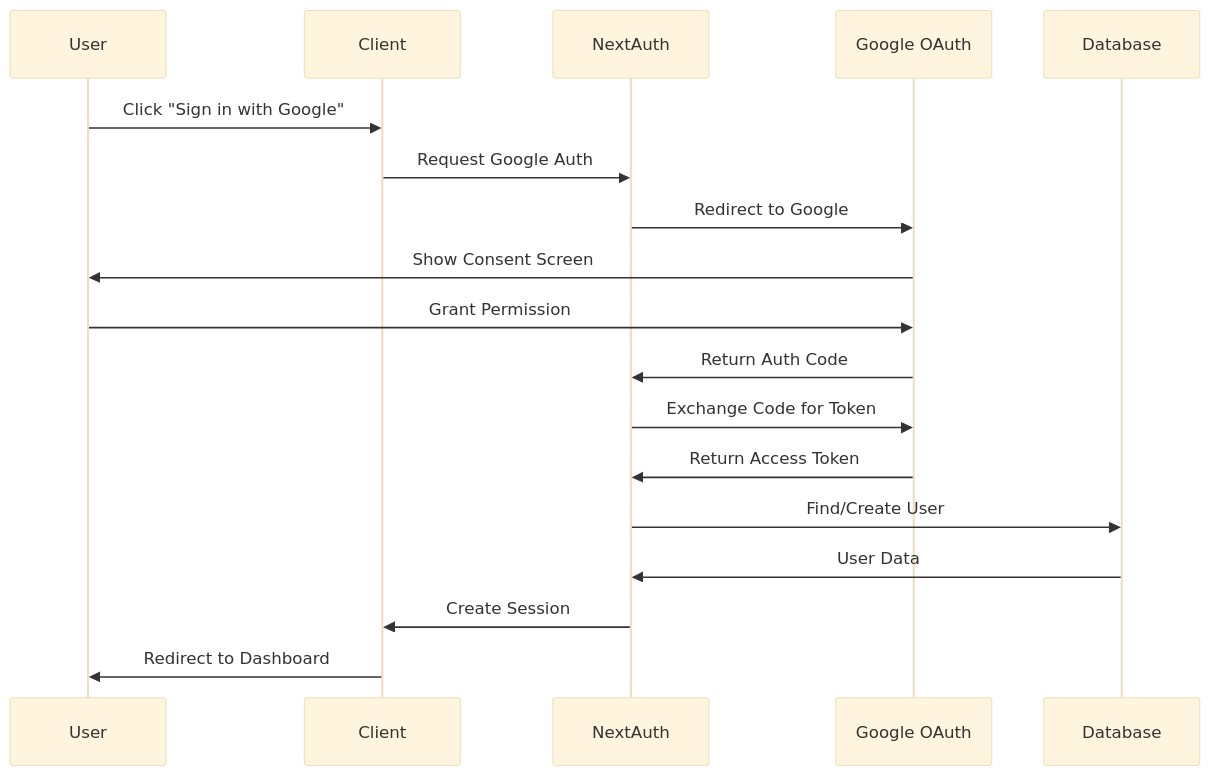
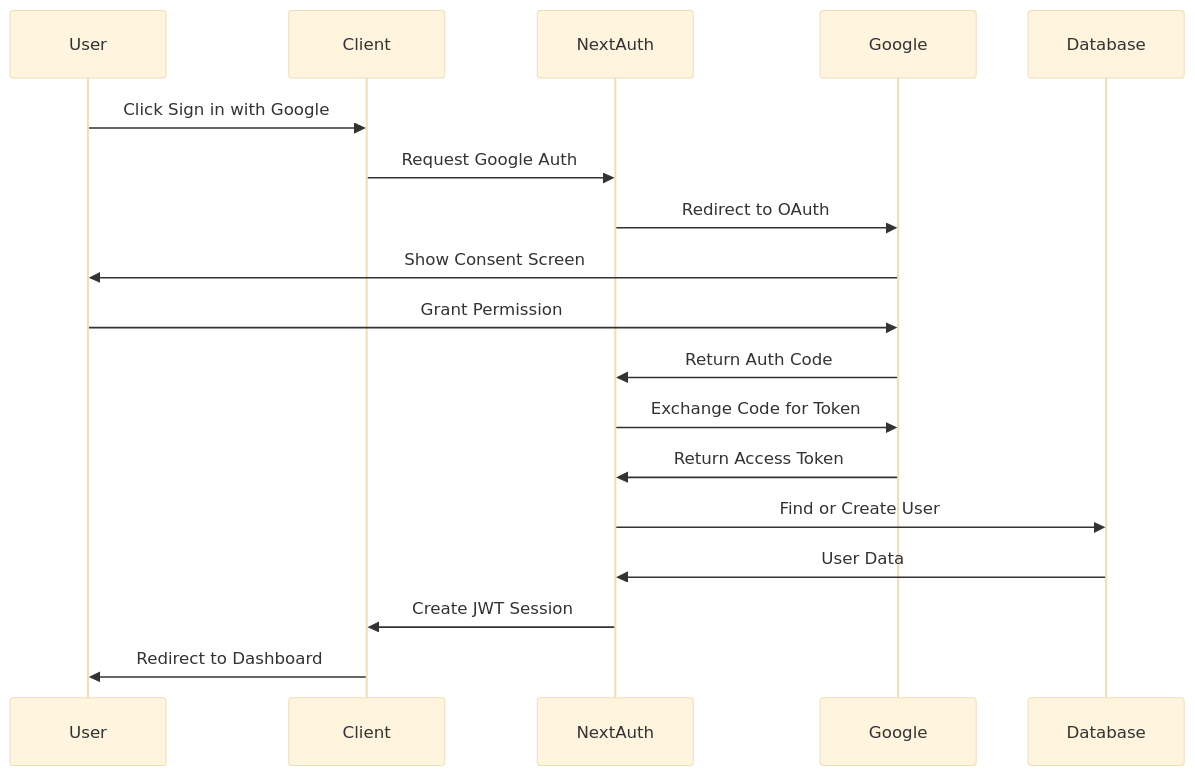
The sixth of 24 diagrams in README.md (anshsharmacse/Real-time-Collaborative-Task-Manager), drawn with Mermaid (base theme) before and after one commit. The commit also changed other lines of this file, not shown here.

````diff
--- a/README.md
+++ b/README.md
@@ -388,21 +315,21 @@
 ```mermaid
 sequenceDiagram
-    participant U as User
-    participant C as Client
-    participant N as NextAuth
-    participant G as Google OAuth
-    participant D as Database
+    participant User
+    participant Client
+    participant NextAuth
+    participant Google
+    participant Database
     
-    U->>C: Click "Sign in with Google"
-    C->>N: Request Google Auth
-    N->>G: Redirect to Google
-    G->>U: Show Consent Screen
-    U->>G: Grant Permission
-    G->>N: Return Auth Code
-    N->>G: Exchange Code for Token
-    G->>N: Return Access Token
-    N->>D: Find/Create User
-    D->>N: User Data
-    N->>C: Create Session
-    C->>U: Redirect to Dashboard
+    User->>Client: Click Sign in with Google
+    Client->>NextAuth: Request Google Auth
+    NextAuth->>Google: Redirect to OAuth
+    Google->>User: Show Consent Screen
+    User->>Google: Grant Permission
+    Google->>NextAuth: Return Auth Code
+    NextAuth->>Google: Exchange Code for Token
+    Google->>NextAuth: Return Access Token
+    NextAuth->>Database: Find or Create User
+    Database->>NextAuth: User Data
+    NextAuth->>Client: Create JWT Session
+    Client->>User: Redirect to Dashboard
 ```
````
